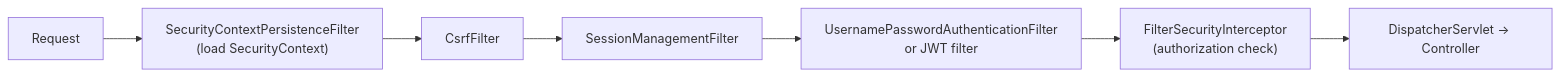
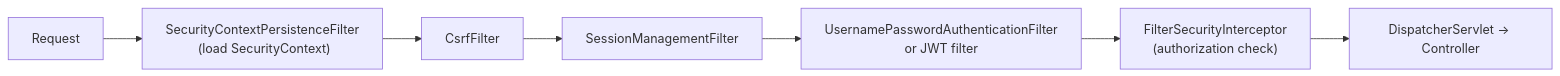
The diagram in content/questions/language/java/spring-security.md (pploc/swe-icon-the-moment), drawn with Mermaid before and after one commit. The commit also changed 95 other files, not shown here.

Commit message:
fix: update the practice mode diagram bug not display

````diff
--- a/content/questions/language/java/spring-security.md
+++ b/content/questions/language/java/spring-security.md
@@ -20,11 +20,12 @@
 ```mermaid
 flowchart LR
-    Request --> SC["SecurityContextPersistenceFilter\n(load SecurityContext)"]
+    Request --> SC["SecurityContextPersistenceFilter\n (load SecurityContext)"]
     SC --> CSRF["CsrfFilter"]
     CSRF --> Session["SessionManagementFilter"]
     Session --> Auth["UsernamePasswordAuthenticationFilter\nor JWT filter"]
-    Auth --> AccessControl["FilterSecurityInterceptor\n(authorization check)"]
+    Auth --> AccessControl["FilterSecurityInterceptor\n (authorization check)"]
     AccessControl --> Servlet["DispatcherServlet → Controller"]
 
 
+
 ```
````
